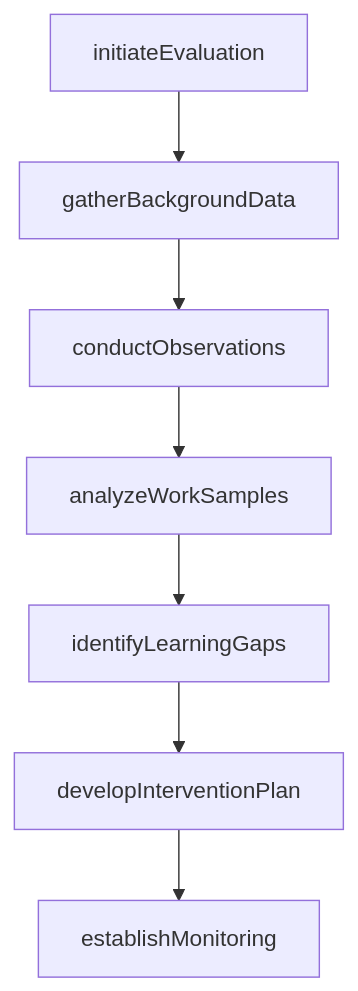
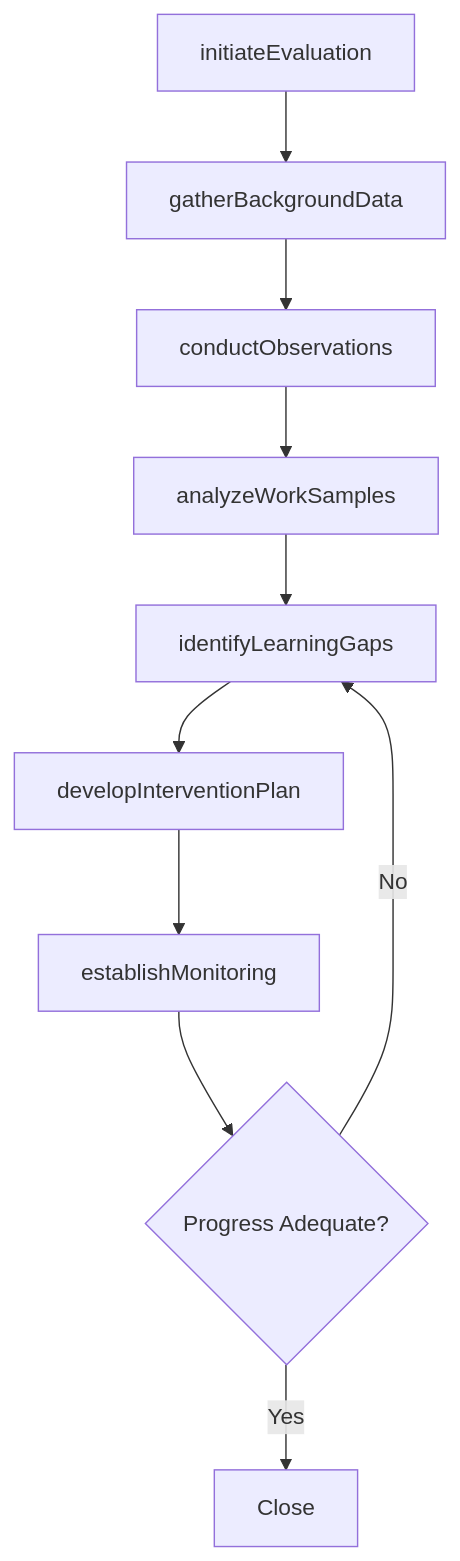
Before and after one commit to dot-org-ai/tasks.org.ai: the third of 4 diagrams in JudgingTheQualitiesOfObjectsServicesOrPeople/AssessStudentCapabilitiesNeedsOrPerformance/AssessEducationalNeedsStudents.mdx, drawn with Mermaid. The commit also changed other lines of this file and 266 other files, not shown here.

First line of the commit message:
feat: Add ER diagrams, state diagrams to wave 2 batch (251 DWA files)

````diff
--- a/JudgingTheQualitiesOfObjectsServicesOrPeople/AssessStudentCapabilitiesNeedsOrPerformance/AssessEducationalNeedsStudents.mdx
+++ b/JudgingTheQualitiesOfObjectsServicesOrPeople/AssessStudentCapabilitiesNeedsOrPerformance/AssessEducationalNeedsStudents.mdx
@@ -87,9 +114,12 @@
 ```mermaid
 graph TD
     A[initiateEvaluation] --> B[gatherBackgroundData]
     B --> C[conductObservations]
     C --> D[analyzeWorkSamples]
     D --> E[identifyLearningGaps]
     E --> F[developInterventionPlan]
     F --> G[establishMonitoring]
+    G --> H{Progress Adequate?}
+    H -->|No| E
+    H -->|Yes| I[Close]
 ```
````
